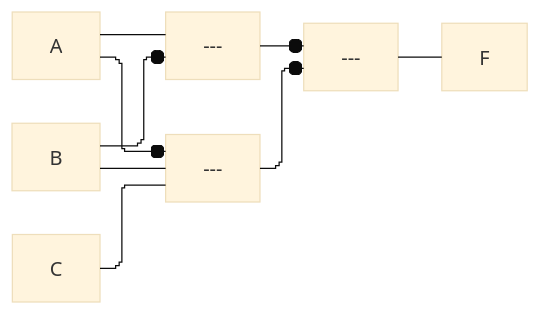
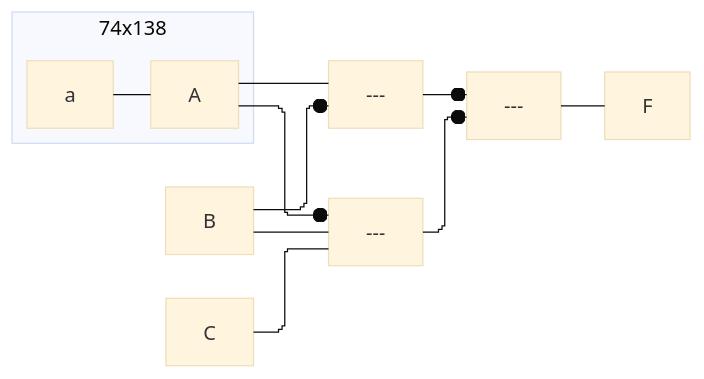
Before and after one commit to tnichols217/notes: the diagram in CSDS 281 - Logic Design/HW/7/tables.md, drawn with Mermaid (base theme).

Commit message:
vault backup: 2024-03-27 10:36:03

````diff
--- a/CSDS 281 - Logic Design/HW/7/tables.md
+++ b/CSDS 281 - Logic Design/HW/7/tables.md
@@ -27,10 +27,13 @@
 ```mermaid
 %%{ init: { 'flowchart': { 'curve': 'stepBefore', "defaultRenderer": "elk" } } }%%
 flowchart LR
 A --- nor1[---]
 B --o nor1
 A --o nor2[---]
 B & C --- nor2
 nor1 & nor2 --o nor3[---]
 nor3 --- F
+subgraph 74x138
+a --- A
+end
 ```
````
